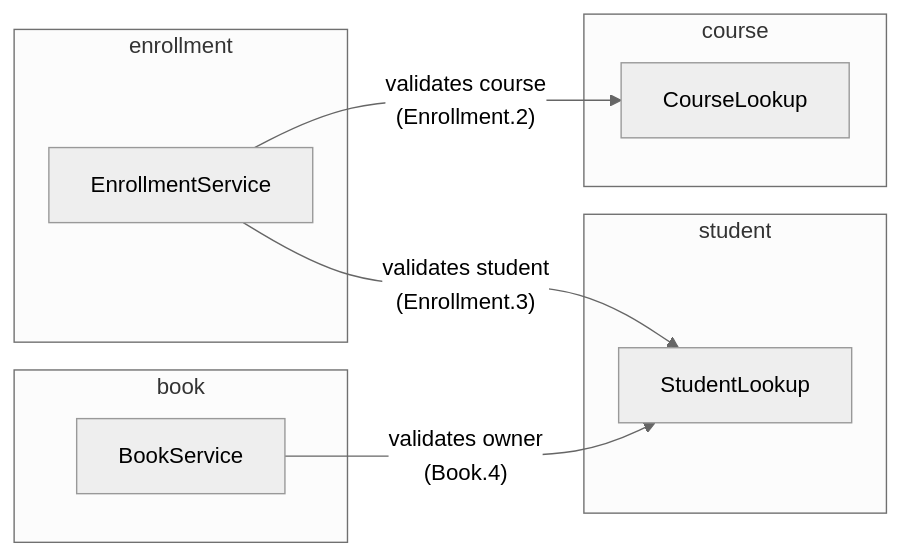
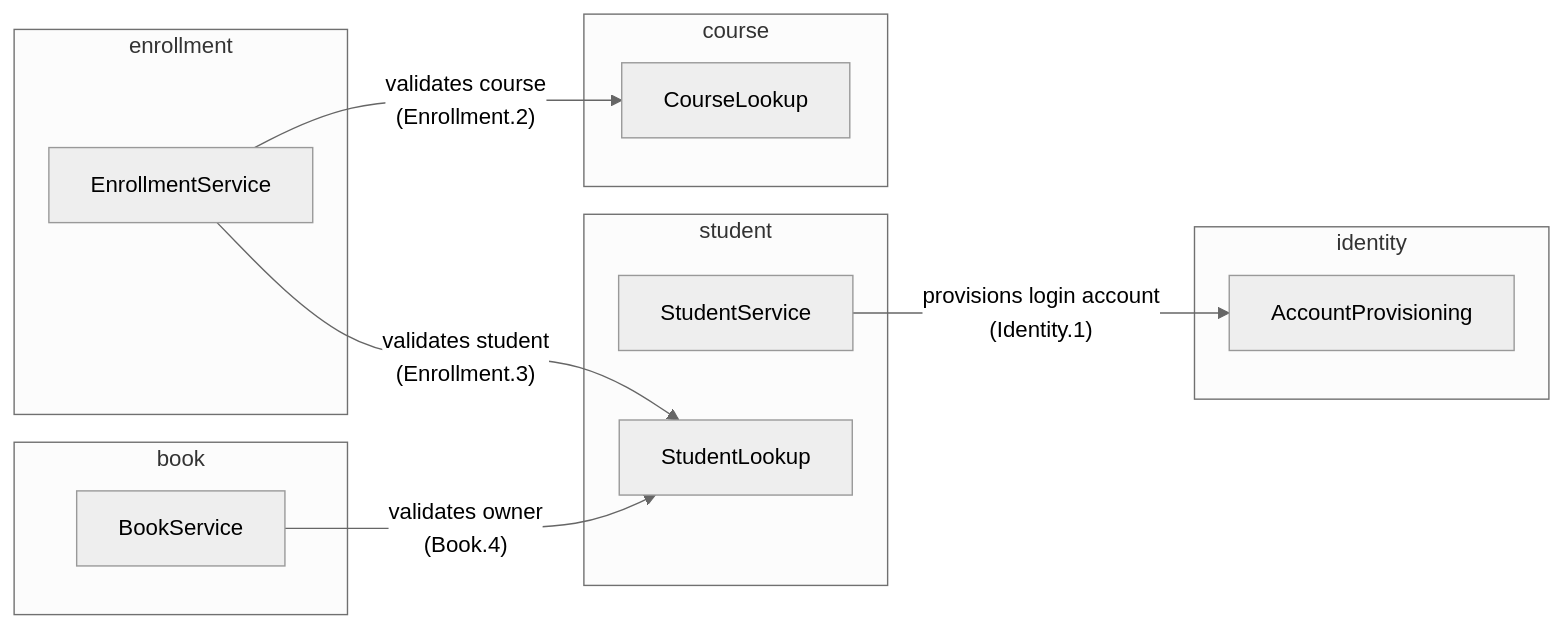
Before and after one commit to phuchoang2005/Student-Management-System: the second of 4 diagrams in docs/SA-docs/02-component-diagram.md, drawn with Mermaid (neutral theme). The commit also changed other lines of this file and 11 other files, not shown here.

````diff
--- a/docs/SA-docs/02-component-diagram.md
+++ b/docs/SA-docs/02-component-diagram.md
@@ -91,19 +104,24 @@
 ```mermaid
 flowchart LR
     subgraph Student["student"]
+        StudentApp["StudentService"]
         StudentApi["StudentLookup"]
     end
     subgraph Course["course"]
         CourseApi["CourseLookup"]
     end
     subgraph Book["book"]
         BookApp["BookService"]
     end
     subgraph Enrollment["enrollment"]
         EnrollApp["EnrollmentService"]
     end
+    subgraph Identity["identity"]
+        IdentityApi["AccountProvisioning"]
+    end
 
     BookApp -- "validates owner\n(Book.4)" --> StudentApi
     EnrollApp -- "validates student\n(Enrollment.3)" --> StudentApi
     EnrollApp -- "validates course\n(Enrollment.2)" --> CourseApi
+    StudentApp -- "provisions login account\n(Identity.1)" --> IdentityApi
 ```
````
